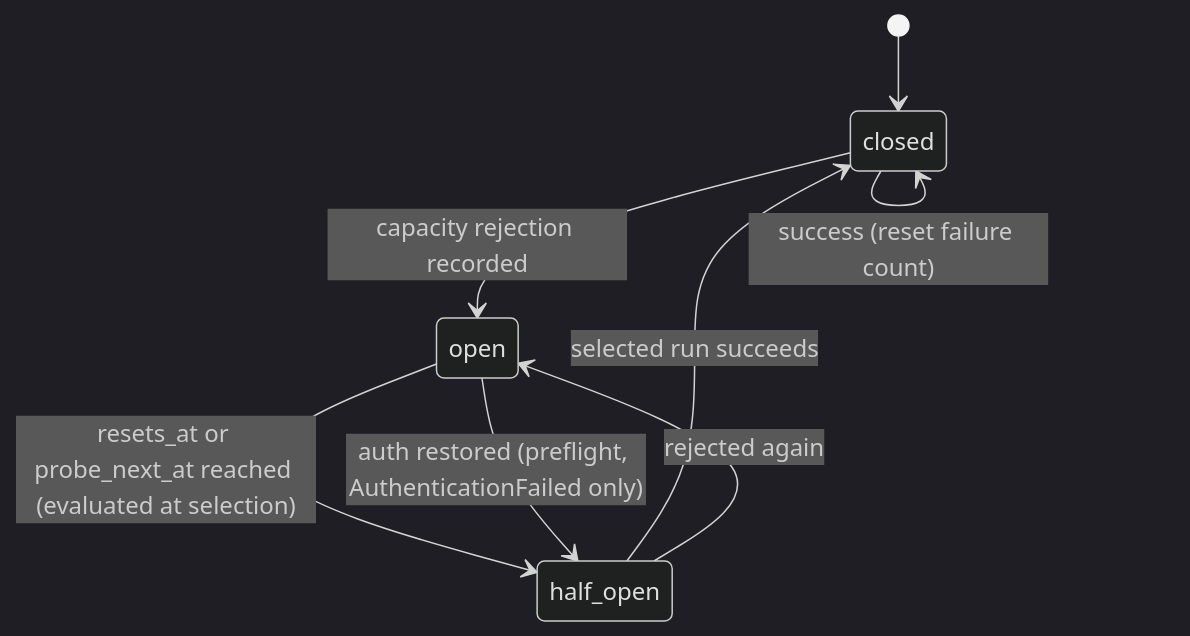
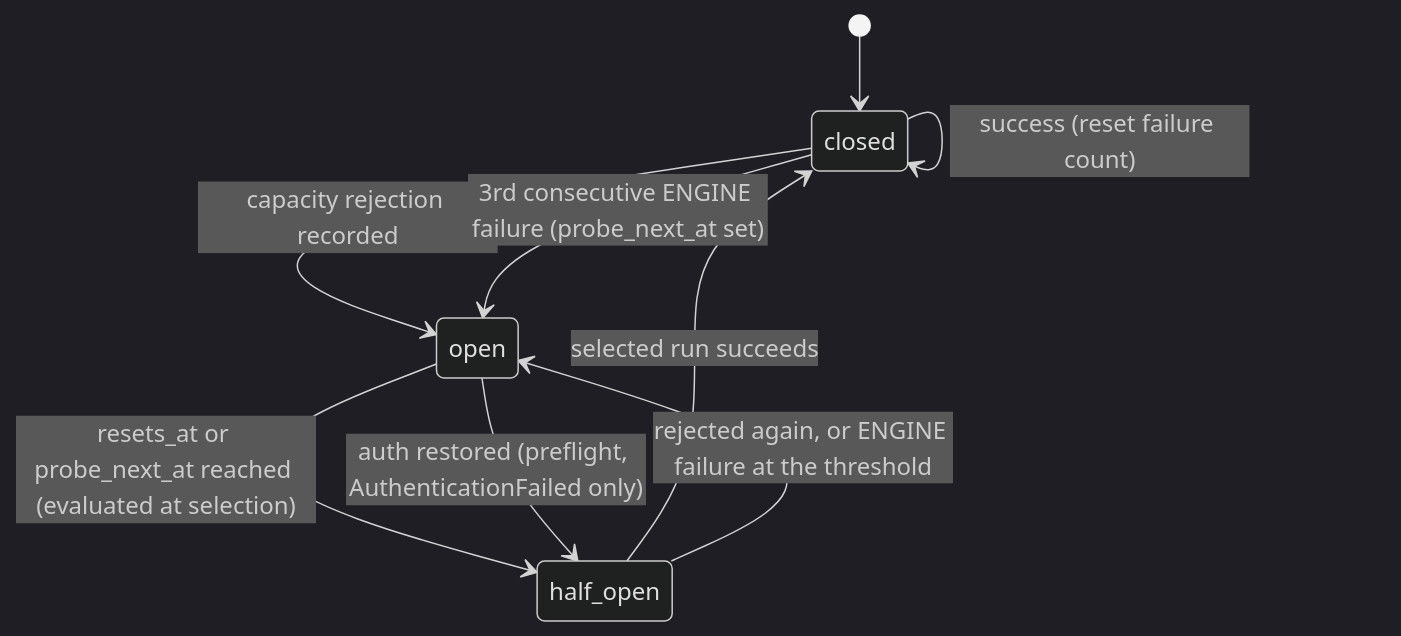
One commit to the-vibey-project/vibey changed the diagram in docs/plans/rotation-and-engines.md. Above: the diagram before and after it, drawn with Mermaid (dark theme). The commit also changed other lines of this file and 28 other files, not shown here.

````diff
--- a/docs/plans/rotation-and-engines.md
+++ b/docs/plans/rotation-and-engines.md
@@ -440,10 +440,11 @@
 ```mermaid
 stateDiagram-v2
     [*] --> closed
     closed --> open: capacity rejection recorded
+    closed --> open: 3rd consecutive ENGINE failure (probe_next_at set)
     open --> half_open: resets_at or probe_next_at reached (evaluated at selection)
     open --> half_open: auth restored (preflight, AuthenticationFailed only)
     half_open --> closed: selected run succeeds
-    half_open --> open: rejected again
+    half_open --> open: rejected again, or ENGINE failure at the threshold
     closed --> closed: success (reset failure count)
 ```
````
